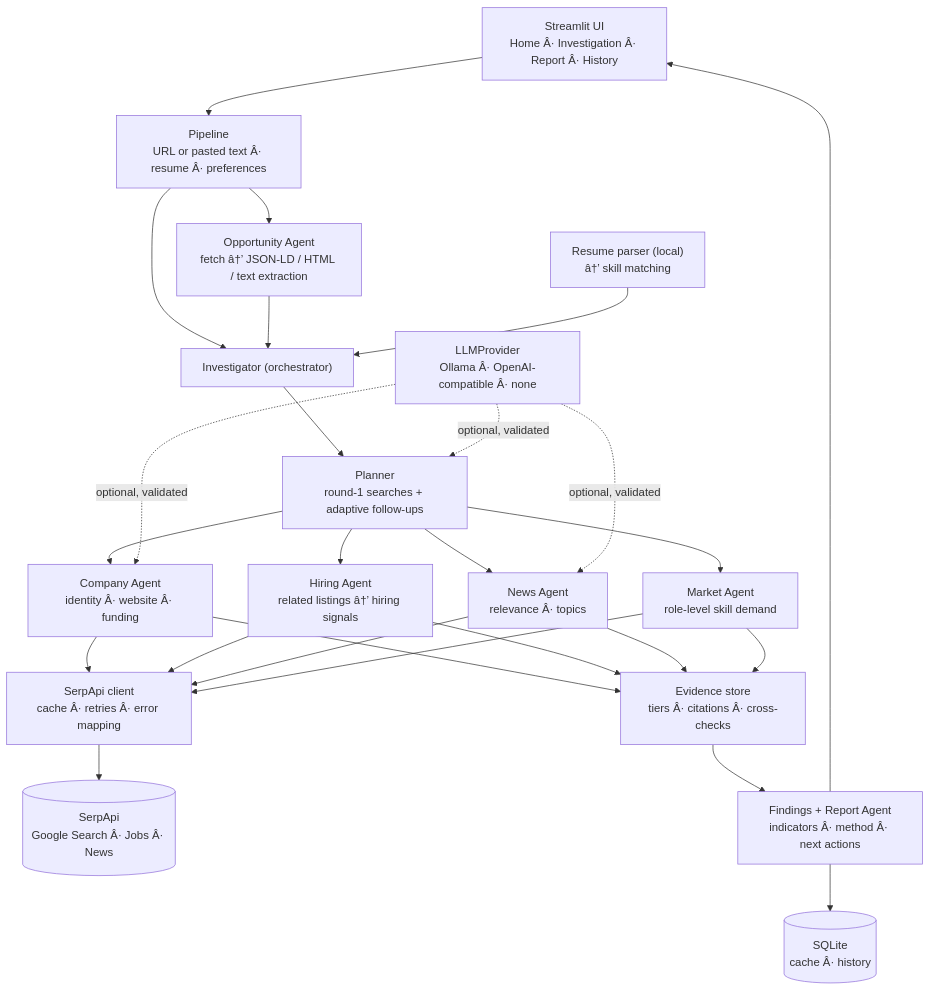
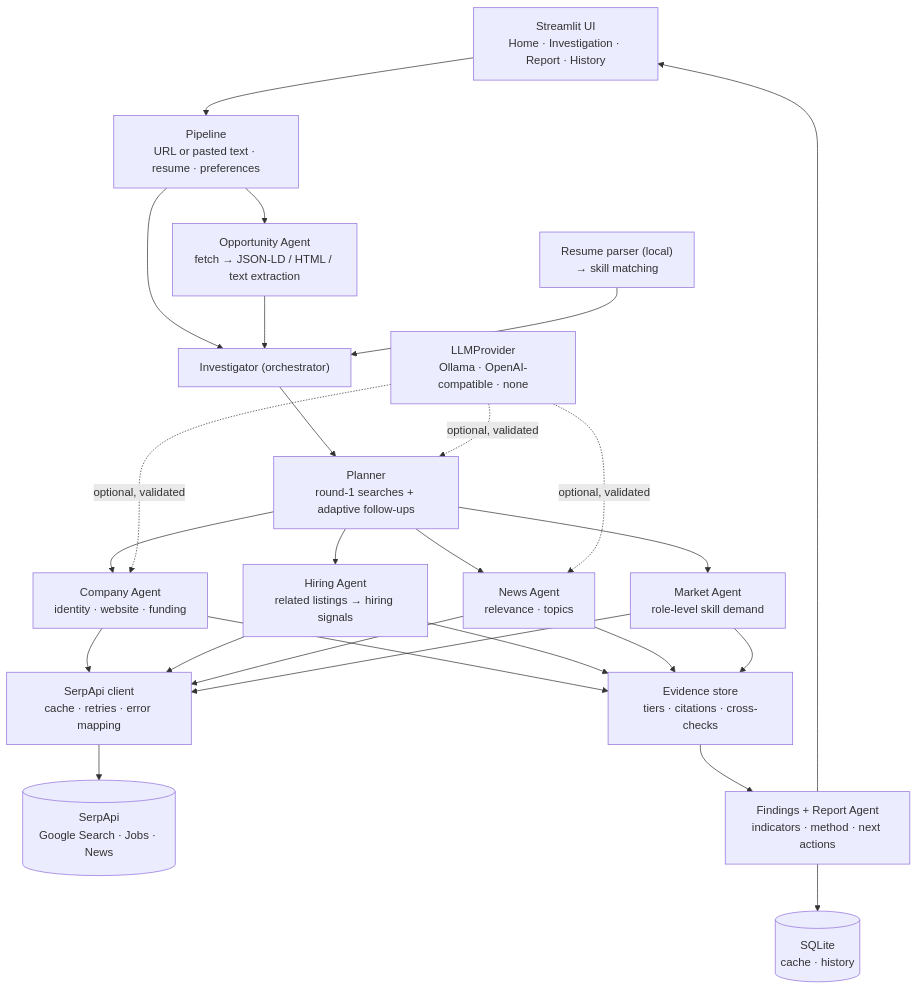
The diagram in README.md (uppadadhiraj/ScoutLens), drawn with Mermaid before and after one commit. The commit also changed other lines of this file, not shown here.

Commit message:
Fix README text encoding (emoji, arrows and tree characters were double-encoded)

````diff
--- a/README.md
+++ b/README.md
@@ -70,20 +70,20 @@
 ```mermaid
 flowchart TD
-    UI["Streamlit UI<br/>Home Â· Investigation Â· Report Â· History"] --> P["Pipeline<br/>URL or pasted text Â· resume Â· preferences"]
-    P --> OA["Opportunity Agent<br/>fetch â†’ JSON-LD / HTML / text extraction"]
+    UI["Streamlit UI<br/>Home · Investigation · Report · History"] --> P["Pipeline<br/>URL or pasted text · resume · preferences"]
+    P --> OA["Opportunity Agent<br/>fetch → JSON-LD / HTML / text extraction"]
     P --> INV["Investigator (orchestrator)"]
     OA --> INV
     INV --> PL["Planner<br/>round-1 searches + adaptive follow-ups"]
-    PL --> CA["Company Agent<br/>identity Â· website Â· funding"]
-    PL --> HA["Hiring Agent<br/>related listings â†’ hiring signals"]
-    PL --> NA["News Agent<br/>relevance Â· topics"]
+    PL --> CA["Company Agent<br/>identity · website · funding"]
+    PL --> HA["Hiring Agent<br/>related listings → hiring signals"]
+    PL --> NA["News Agent<br/>relevance · topics"]
     PL --> MA["Market Agent<br/>role-level skill demand"]
-    CA & HA & NA & MA --> SC["SerpApi client<br/>cache Â· retries Â· error mapping"]
-    SC --> SERP[("SerpApi<br/>Google Search Â· Jobs Â· News")]
-    CA & HA & NA & MA --> EV["Evidence store<br/>tiers Â· citations Â· cross-checks"]
-    RA["Resume parser (local)<br/>â†’ skill matching"] --> INV
-    EV --> FR["Findings + Report Agent<br/>indicators Â· method Â· next actions"]
-    FR --> DB[("SQLite<br/>cache Â· history")]
+    CA & HA & NA & MA --> SC["SerpApi client<br/>cache · retries · error mapping"]
+    SC --> SERP[("SerpApi<br/>Google Search · Jobs · News")]
+    CA & HA & NA & MA --> EV["Evidence store<br/>tiers · citations · cross-checks"]
+    RA["Resume parser (local)<br/>→ skill matching"] --> INV
+    EV --> FR["Findings + Report Agent<br/>indicators · method · next actions"]
+    FR --> DB[("SQLite<br/>cache · history")]
     FR --> UI
-    LLM["LLMProvider<br/>Ollama Â· OpenAI-compatible Â· none"] -. optional, validated .-> CA & NA & PL
+    LLM["LLMProvider<br/>Ollama · OpenAI-compatible · none"] -. optional, validated .-> CA & NA & PL
 ```
````
